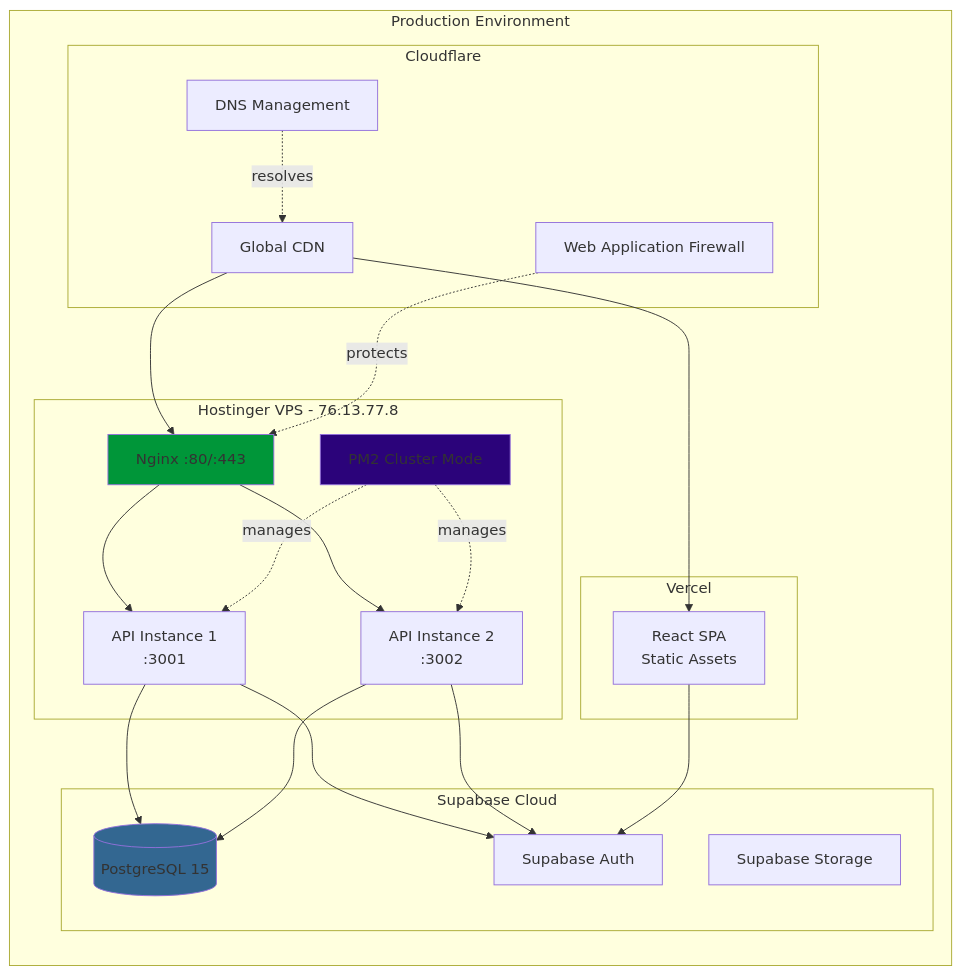
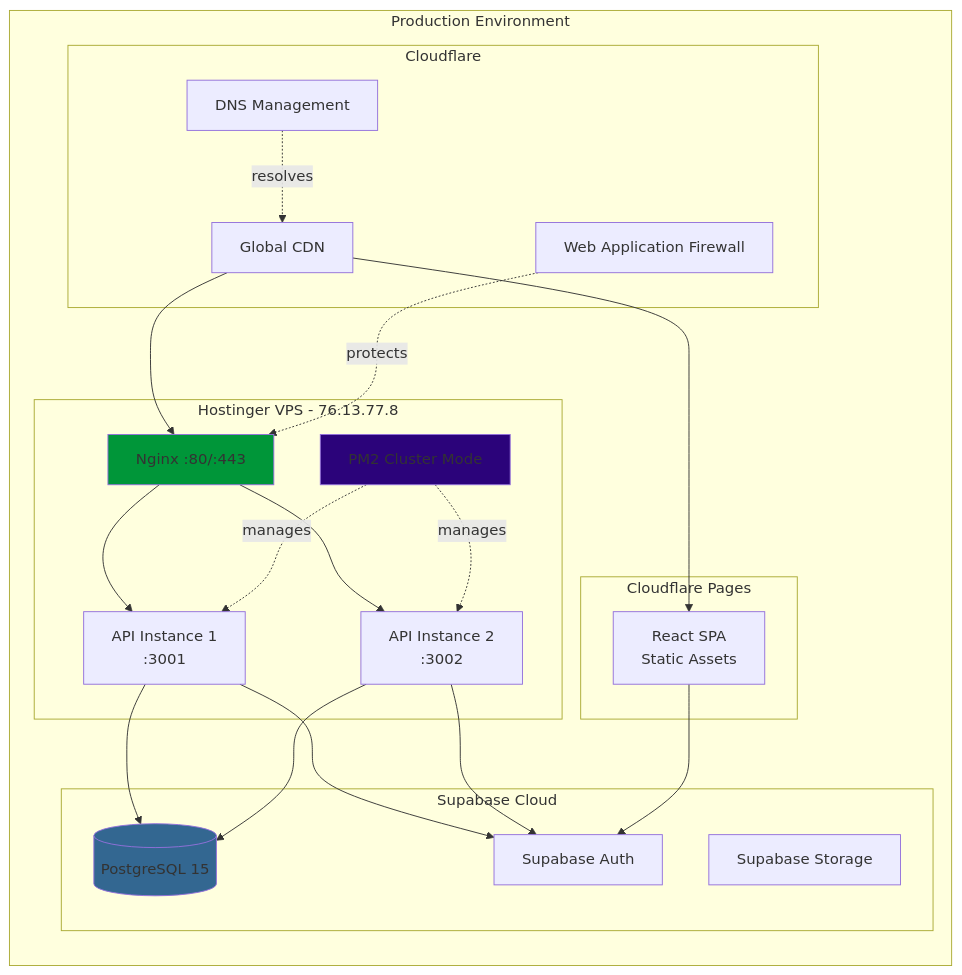
One commit to pdtribe181-prog/modullar-advancia changed the third of 20 diagrams in ARCHITECTURE.md. Above: the diagram before and after it, drawn with Mermaid. The commit also changed other lines of this file and 12 other files, not shown here.

````diff
--- a/ARCHITECTURE.md
+++ b/ARCHITECTURE.md
@@ -99,47 +99,47 @@
 ```mermaid
 graph LR
     subgraph "Production Environment"
         subgraph "Hostinger VPS - 76.13.77.8"
             NGINX[Nginx :80/:443]
             API1[API Instance 1<br/>:3001]
             API2[API Instance 2<br/>:3002]
             PM2[PM2 Cluster Mode]
             
             NGINX --> API1
             NGINX --> API2
             PM2 -.manages.-> API1
             PM2 -.manages.-> API2
         end
         
-        subgraph "Vercel"
+        subgraph "Cloudflare Pages"
             FRONTEND[React SPA<br/>Static Assets]
         end
         
         subgraph "Supabase Cloud"
             POSTGRES[(PostgreSQL 15)]
             AUTH[Supabase Auth]
             STORAGE[Supabase Storage]
         end
         
         subgraph "Cloudflare"
             DNS[DNS Management]
             CDN[Global CDN]
             WAF[Web Application Firewall]
         end
     end
     
     CDN --> FRONTEND
     CDN --> NGINX
     DNS -.resolves.-> CDN
     WAF -.protects.-> NGINX
     
     API1 --> POSTGRES
     API2 --> POSTGRES
     API1 --> AUTH
     API2 --> AUTH
     FRONTEND --> AUTH
     
     style NGINX fill:#009639
     style PM2 fill:#2B037A
     style POSTGRES fill:#336791
 ```
````
